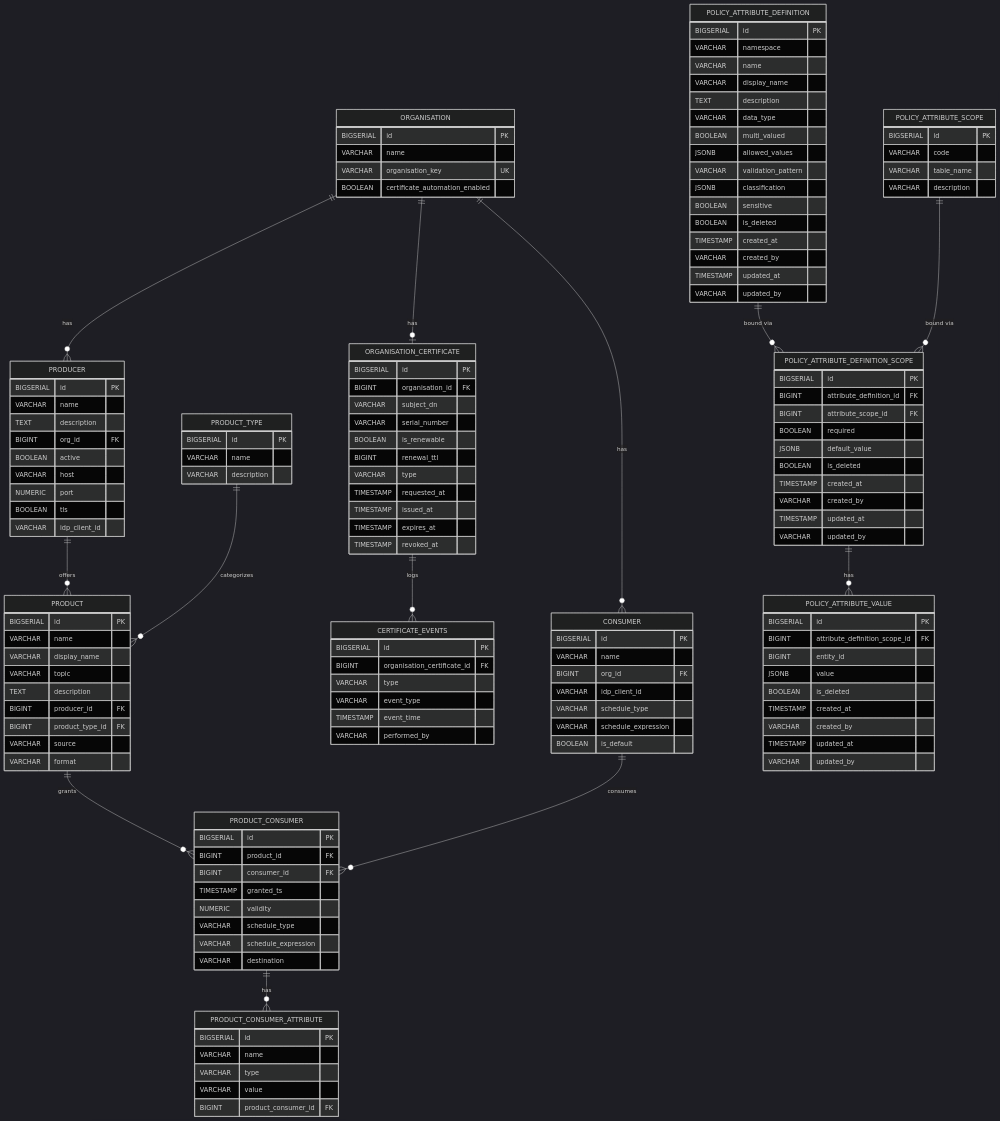
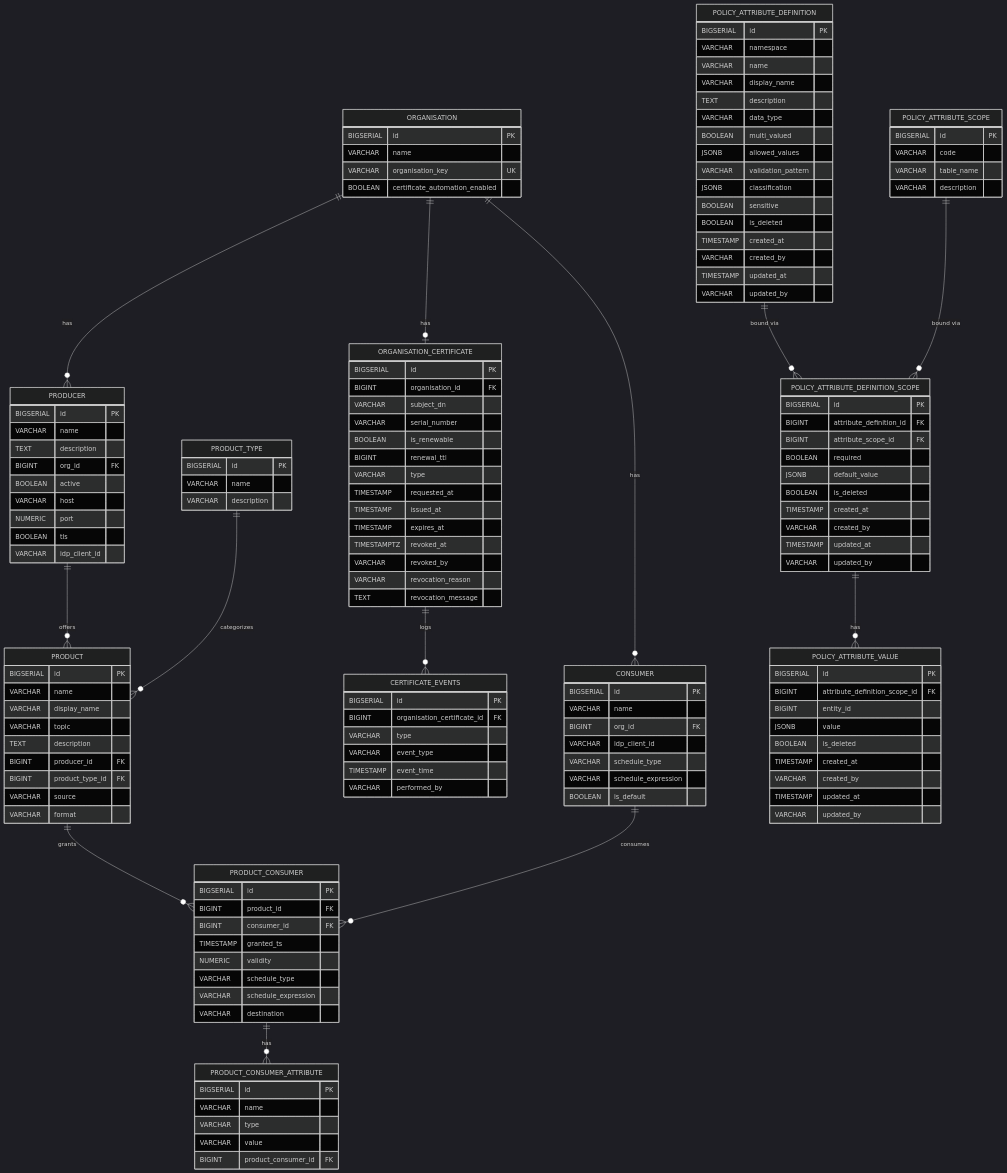
The diagram in docs/DATABASE_SCHEMA.md (National-Node-Net/management-node), drawn with Mermaid (dark theme) before and after one commit. The commit also changed other lines of this file and 59 other files, not shown here.

```diff
--- a/docs/DATABASE_SCHEMA.md
+++ b/docs/DATABASE_SCHEMA.md
@@ -114,7 +114,10 @@
     TIMESTAMP requested_at
     TIMESTAMP issued_at
     TIMESTAMP expires_at
-    TIMESTAMP revoked_at
+    TIMESTAMPTZ revoked_at
+    VARCHAR revoked_by
+    VARCHAR revocation_reason
+    TEXT revocation_message
   }
   CERTIFICATE_EVENTS {
     BIGSERIAL id PK
```
